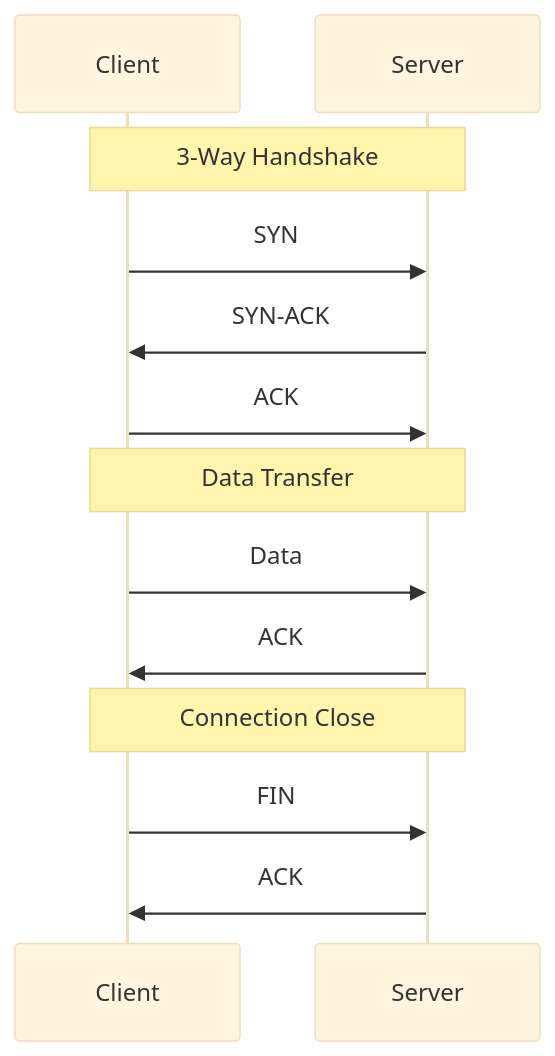
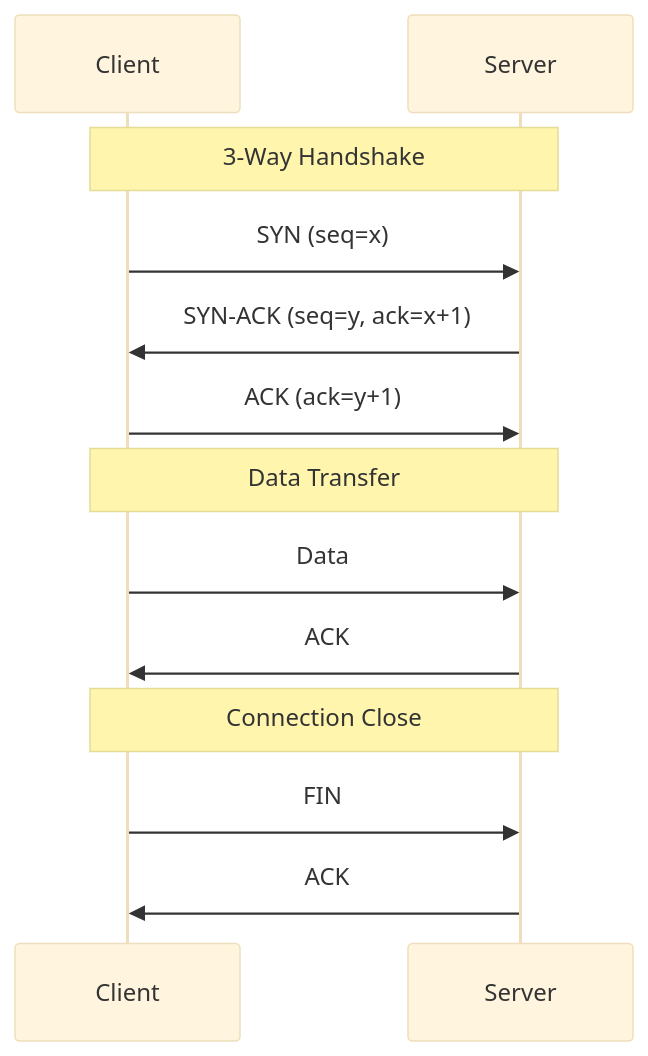
Before and after one commit to Harendra1558/cs-master-wiki: the diagram in docs/05-computer-networks/02-networking-fundamentals.md, drawn with Mermaid (base theme). The commit also changed other lines of this file and 82 other files, not shown here.

````diff
--- a/docs/05-computer-networks/02-networking-fundamentals.md
+++ b/docs/05-computer-networks/02-networking-fundamentals.md
@@ -39,18 +98,18 @@
 ```mermaid
 sequenceDiagram
     participant Client
     participant Server
     
     Note over Client,Server: 3-Way Handshake
-    Client->>Server: SYN
-    Server->>Client: SYN-ACK
-    Client->>Server: ACK
+    Client->>Server: SYN (seq=x)
+    Server->>Client: SYN-ACK (seq=y, ack=x+1)
+    Client->>Server: ACK (ack=y+1)
     
     Note over Client,Server: Data Transfer
     Client->>Server: Data
     Server->>Client: ACK
     
     Note over Client,Server: Connection Close
     Client->>Server: FIN
     Server->>Client: ACK
 ```
````
